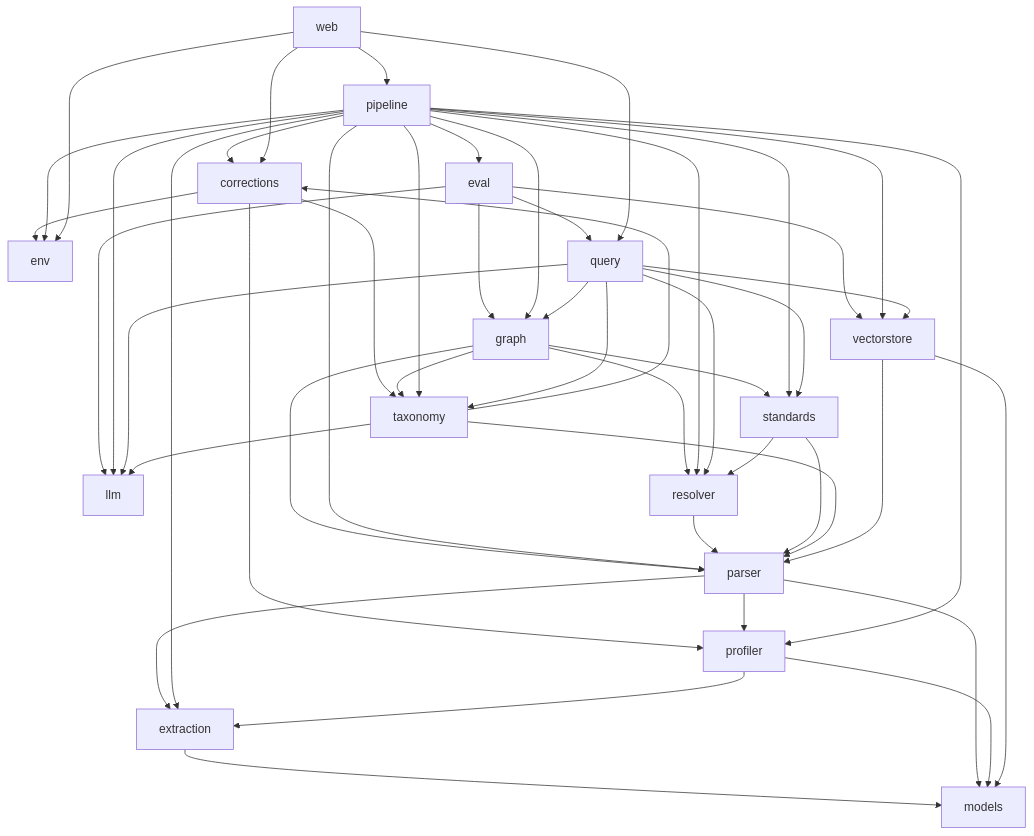
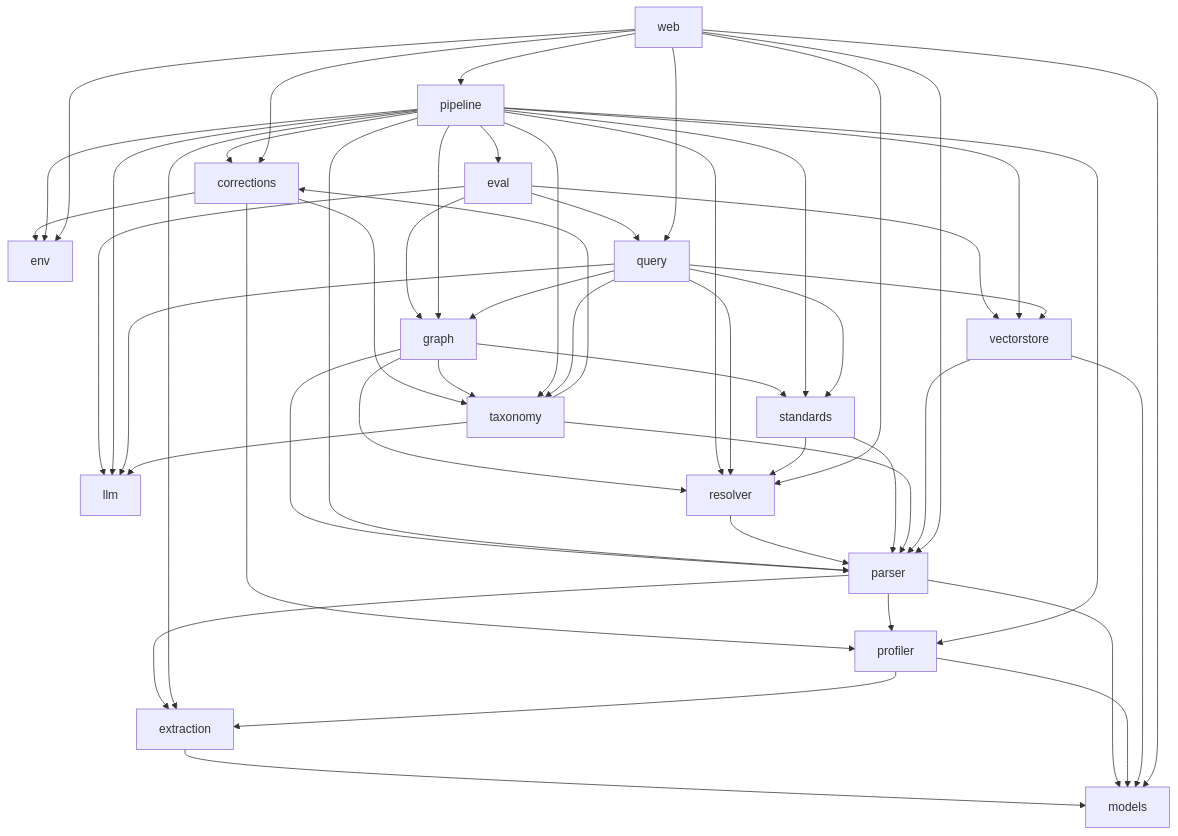
One commit to kurnoolion/nora changed the diagram in docs/compact/MAP.md. Above: the diagram before and after it, drawn with Mermaid. The commit also changed other lines of this file and 32 other files, not shown here.

````diff
--- a/docs/compact/MAP.md
+++ b/docs/compact/MAP.md
@@ -28,66 +28,69 @@
 ```mermaid
 flowchart TD
     m_corrections[corrections]
     m_env[env]
     m_eval[eval]
     m_extraction[extraction]
     m_graph[graph]
     m_llm[llm]
     m_models[models]
     m_parser[parser]
     m_pipeline[pipeline]
     m_profiler[profiler]
     m_query[query]
     m_resolver[resolver]
     m_standards[standards]
     m_taxonomy[taxonomy]
     m_vectorstore[vectorstore]
     m_web[web]
     m_corrections --> m_env
     m_corrections --> m_profiler
     m_corrections --> m_taxonomy
     m_eval --> m_graph
     m_eval --> m_llm
     m_eval --> m_query
     m_eval --> m_vectorstore
     m_extraction --> m_models
     m_graph --> m_parser
     m_graph --> m_resolver
     m_graph --> m_standards
     m_graph --> m_taxonomy
     m_parser --> m_extraction
     m_parser --> m_models
     m_parser --> m_profiler
     m_pipeline --> m_corrections
     m_pipeline --> m_env
     m_pipeline --> m_eval
     m_pipeline --> m_extraction
     m_pipeline --> m_graph
     m_pipeline --> m_llm
     m_pipeline --> m_parser
     m_pipeline --> m_profiler
     m_pipeline --> m_resolver
     m_pipeline --> m_standards
     m_pipeline --> m_taxonomy
     m_pipeline --> m_vectorstore
     m_profiler --> m_extraction
     m_profiler --> m_models
     m_query --> m_graph
     m_query --> m_llm
     m_query --> m_resolver
     m_query --> m_standards
     m_query --> m_taxonomy
     m_query --> m_vectorstore
     m_resolver --> m_parser
     m_standards --> m_parser
     m_standards --> m_resolver
     m_taxonomy --> m_corrections
     m_taxonomy --> m_llm
     m_taxonomy --> m_parser
     m_vectorstore --> m_models
     m_vectorstore --> m_parser
     m_web --> m_corrections
     m_web --> m_env
+    m_web --> m_models
+    m_web --> m_parser
     m_web --> m_pipeline
     m_web --> m_query
+    m_web --> m_resolver
 ```
````
